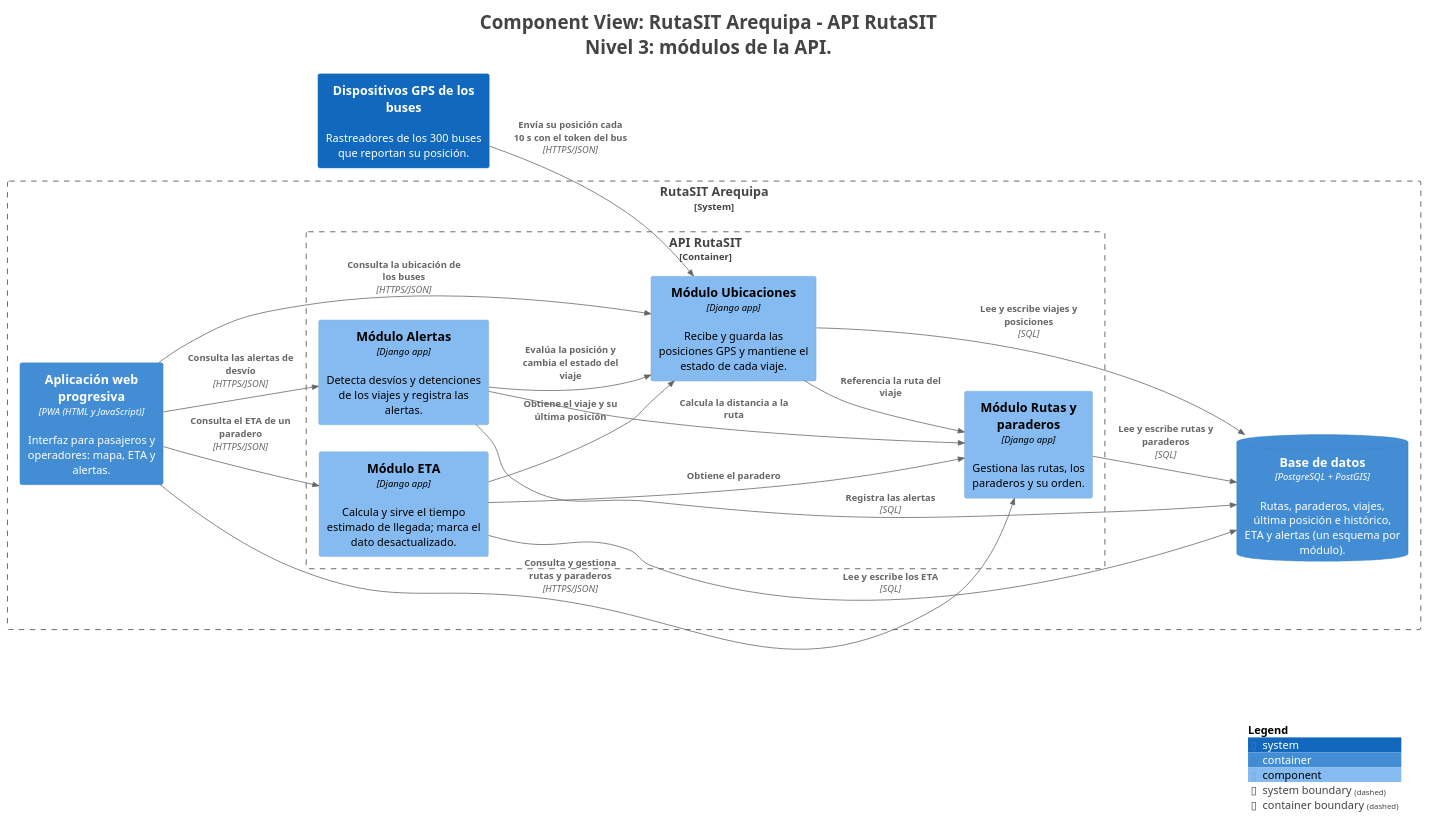
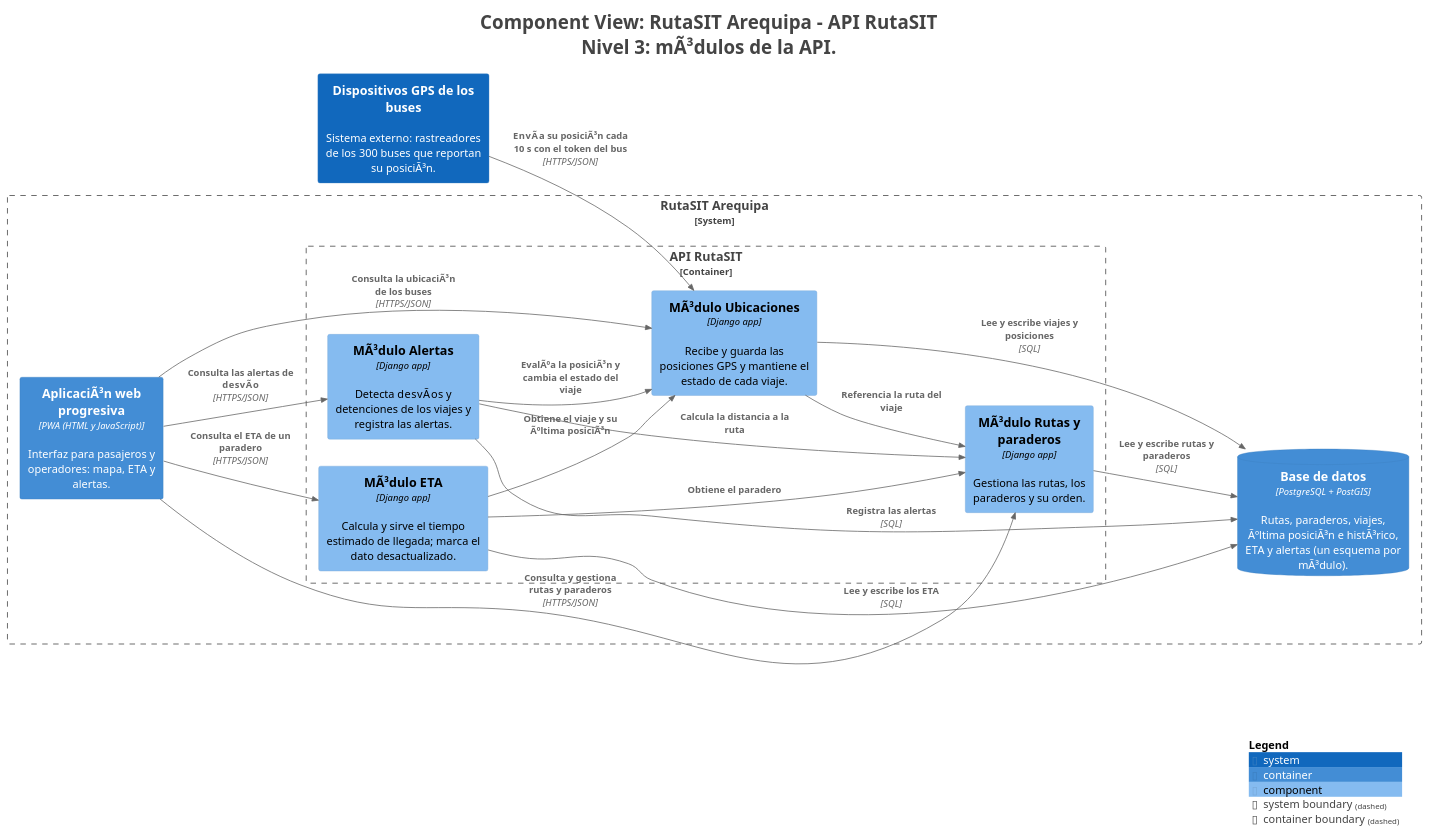
Before and after one commit to Camila-Alarico/cs-2026b-lab04--grupo06: the diagram in docs/architecture/c4/export/structurizr-Componentes.puml, drawn with PlantUML. The commit also changed 15 other files, not shown here.

```diff
--- a/docs/architecture/c4/export/structurizr-Componentes.puml
+++ b/docs/architecture/c4/export/structurizr-Componentes.puml
@@ -1,50 +1,50 @@
 @startuml
-title <size:24>Component View: RutaSIT Arequipa - API RutaSIT</size>\n<size:24>Nivel 3: módulos de la API.</size>
+title <size:24>Component View: RutaSIT Arequipa - API RutaSIT</size>\n<size:24>Nivel 3: mÃ³dulos de la API.</size>
 
 set separator none
 left to right direction
 
 <style>
   root {
     BackgroundColor: #ffffff
     FontColor: #444444
   }
 </style>
 
 !include <C4/C4>
 !include <C4/C4_Context>
 !include <C4/C4_Container>
 !include <C4/C4_Component>
 
-System(DispositivosGPSdelosbuses, "Dispositivos GPS de los buses", $descr="Rastreadores de los 300 buses que reportan su posición.", $tags="", $link="")
+System(DispositivosGPSdelosbuses, "Dispositivos GPS de los buses", $descr="Sistema externo: rastreadores de los 300 buses que reportan su posiciÃ³n.", $tags="", $link="")
 
 System_Boundary("RutaSITArequipa_boundary", "RutaSIT Arequipa", $tags="") {
   Container_Boundary("RutaSITArequipa.APIRutaSIT_boundary", "API RutaSIT", $tags="") {
-    Component(RutaSITArequipa.APIRutaSIT.MóduloUbicaciones, "Módulo Ubicaciones", $techn="Django app", $descr="Recibe y guarda las posiciones GPS y mantiene el estado de cada viaje.", $tags="", $link="")
-    Component(RutaSITArequipa.APIRutaSIT.MóduloRutasyparaderos, "Módulo Rutas y paraderos", $techn="Django app", $descr="Gestiona las rutas, los paraderos y su orden.", $tags="", $link="")
-    Component(RutaSITArequipa.APIRutaSIT.MóduloETA, "Módulo ETA", $techn="Django app", $descr="Calcula y sirve el tiempo estimado de llegada; marca el dato desactualizado.", $tags="", $link="")
-    Component(RutaSITArequipa.APIRutaSIT.MóduloAlertas, "Módulo Alertas", $techn="Django app", $descr="Detecta desvíos y detenciones de los viajes y registra las alertas.", $tags="", $link="")
+    Component(RutaSITArequipa.APIRutaSIT.MÃduloUbicaciones, "MÃ³dulo Ubicaciones", $techn="Django app", $descr="Recibe y guarda las posiciones GPS y mantiene el estado de cada viaje.", $tags="", $link="")
+    Component(RutaSITArequipa.APIRutaSIT.MÃduloRutasyparaderos, "MÃ³dulo Rutas y paraderos", $techn="Django app", $descr="Gestiona las rutas, los paraderos y su orden.", $tags="", $link="")
+    Component(RutaSITArequipa.APIRutaSIT.MÃduloETA, "MÃ³dulo ETA", $techn="Django app", $descr="Calcula y sirve el tiempo estimado de llegada; marca el dato desactualizado.", $tags="", $link="")
+    Component(RutaSITArequipa.APIRutaSIT.MÃduloAlertas, "MÃ³dulo Alertas", $techn="Django app", $descr="Detecta desvÃ­os y detenciones de los viajes y registra las alertas.", $tags="", $link="")
   }
 
-  ContainerDb(RutaSITArequipa.Basededatos, "Base de datos", $techn="PostgreSQL + PostGIS", $descr="Rutas, paraderos, viajes, última posición e histórico, ETA y alertas (un esquema por módulo).", $tags="", $link="")
-  Container(RutaSITArequipa.Aplicaciónwebprogresiva, "Aplicación web progresiva", $techn="PWA (HTML y JavaScript)", $descr="Interfaz para pasajeros y operadores: mapa, ETA y alertas.", $tags="", $link="")
+  ContainerDb(RutaSITArequipa.Basededatos, "Base de datos", $techn="PostgreSQL + PostGIS", $descr="Rutas, paraderos, viajes, Ãºltima posiciÃ³n e histÃ³rico, ETA y alertas (un esquema por mÃ³dulo).", $tags="", $link="")
+  Container(RutaSITArequipa.AplicaciÃnwebprogresiva, "AplicaciÃ³n web progresiva", $techn="PWA (HTML y JavaScript)", $descr="Interfaz para pasajeros y operadores: mapa, ETA y alertas.", $tags="", $link="")
 }
 
-Rel(RutaSITArequipa.Aplicaciónwebprogresiva, RutaSITArequipa.APIRutaSIT.MóduloUbicaciones, "Consulta la ubicación de los buses", $techn="HTTPS/JSON", $tags="", $link="")
-Rel(RutaSITArequipa.Aplicaciónwebprogresiva, RutaSITArequipa.APIRutaSIT.MóduloETA, "Consulta el ETA de un paradero", $techn="HTTPS/JSON", $tags="", $link="")
-Rel(RutaSITArequipa.Aplicaciónwebprogresiva, RutaSITArequipa.APIRutaSIT.MóduloAlertas, "Consulta las alertas de desvío", $techn="HTTPS/JSON", $tags="", $link="")
-Rel(RutaSITArequipa.Aplicaciónwebprogresiva, RutaSITArequipa.APIRutaSIT.MóduloRutasyparaderos, "Consulta y gestiona rutas y paraderos", $techn="HTTPS/JSON", $tags="", $link="")
-Rel(DispositivosGPSdelosbuses, RutaSITArequipa.APIRutaSIT.MóduloUbicaciones, "Envía su posición cada 10 s con el token del bus", $techn="HTTPS/JSON", $tags="", $link="")
-Rel(RutaSITArequipa.APIRutaSIT.MóduloETA, RutaSITArequipa.APIRutaSIT.MóduloUbicaciones, "Obtiene el viaje y su última posición", $techn="", $tags="", $link="")
-Rel(RutaSITArequipa.APIRutaSIT.MóduloETA, RutaSITArequipa.APIRutaSIT.MóduloRutasyparaderos, "Obtiene el paradero", $techn="", $tags="", $link="")
-Rel(RutaSITArequipa.APIRutaSIT.MóduloAlertas, RutaSITArequipa.APIRutaSIT.MóduloUbicaciones, "Evalúa la posición y cambia el estado del viaje", $techn="", $tags="", $link="")
-Rel(RutaSITArequipa.APIRutaSIT.MóduloAlertas, RutaSITArequipa.APIRutaSIT.MóduloRutasyparaderos, "Calcula la distancia a la ruta", $techn="", $tags="", $link="")
-Rel(RutaSITArequipa.APIRutaSIT.MóduloUbicaciones, RutaSITArequipa.APIRutaSIT.MóduloRutasyparaderos, "Referencia la ruta del viaje", $techn="", $tags="", $link="")
-Rel(RutaSITArequipa.APIRutaSIT.MóduloUbicaciones, RutaSITArequipa.Basededatos, "Lee y escribe viajes y posiciones", $techn="SQL", $tags="", $link="")
-Rel(RutaSITArequipa.APIRutaSIT.MóduloETA, RutaSITArequipa.Basededatos, "Lee y escribe los ETA", $techn="SQL", $tags="", $link="")
-Rel(RutaSITArequipa.APIRutaSIT.MóduloAlertas, RutaSITArequipa.Basededatos, "Registra las alertas", $techn="SQL", $tags="", $link="")
-Rel(RutaSITArequipa.APIRutaSIT.MóduloRutasyparaderos, RutaSITArequipa.Basededatos, "Lee y escribe rutas y paraderos", $techn="SQL", $tags="", $link="")
+Rel(RutaSITArequipa.AplicaciÃnwebprogresiva, RutaSITArequipa.APIRutaSIT.MÃduloUbicaciones, "Consulta la ubicaciÃ³n de los buses", $techn="HTTPS/JSON", $tags="", $link="")
+Rel(RutaSITArequipa.AplicaciÃnwebprogresiva, RutaSITArequipa.APIRutaSIT.MÃduloETA, "Consulta el ETA de un paradero", $techn="HTTPS/JSON", $tags="", $link="")
+Rel(RutaSITArequipa.AplicaciÃnwebprogresiva, RutaSITArequipa.APIRutaSIT.MÃduloAlertas, "Consulta las alertas de desvÃ­o", $techn="HTTPS/JSON", $tags="", $link="")
+Rel(RutaSITArequipa.AplicaciÃnwebprogresiva, RutaSITArequipa.APIRutaSIT.MÃduloRutasyparaderos, "Consulta y gestiona rutas y paraderos", $techn="HTTPS/JSON", $tags="", $link="")
+Rel(DispositivosGPSdelosbuses, RutaSITArequipa.APIRutaSIT.MÃduloUbicaciones, "EnvÃ­a su posiciÃ³n cada 10 s con el token del bus", $techn="HTTPS/JSON", $tags="", $link="")
+Rel(RutaSITArequipa.APIRutaSIT.MÃduloETA, RutaSITArequipa.APIRutaSIT.MÃduloUbicaciones, "Obtiene el viaje y su Ãºltima posiciÃ³n", $techn="", $tags="", $link="")
+Rel(RutaSITArequipa.APIRutaSIT.MÃduloETA, RutaSITArequipa.APIRutaSIT.MÃduloRutasyparaderos, "Obtiene el paradero", $techn="", $tags="", $link="")
+Rel(RutaSITArequipa.APIRutaSIT.MÃduloAlertas, RutaSITArequipa.APIRutaSIT.MÃduloUbicaciones, "EvalÃºa la posiciÃ³n y cambia el estado del viaje", $techn="", $tags="", $link="")
+Rel(RutaSITArequipa.APIRutaSIT.MÃduloAlertas, RutaSITArequipa.APIRutaSIT.MÃduloRutasyparaderos, "Calcula la distancia a la ruta", $techn="", $tags="", $link="")
+Rel(RutaSITArequipa.APIRutaSIT.MÃduloUbicaciones, RutaSITArequipa.APIRutaSIT.MÃduloRutasyparaderos, "Referencia la ruta del viaje", $techn="", $tags="", $link="")
+Rel(RutaSITArequipa.APIRutaSIT.MÃduloUbicaciones, RutaSITArequipa.Basededatos, "Lee y escribe viajes y posiciones", $techn="SQL", $tags="", $link="")
+Rel(RutaSITArequipa.APIRutaSIT.MÃduloETA, RutaSITArequipa.Basededatos, "Lee y escribe los ETA", $techn="SQL", $tags="", $link="")
+Rel(RutaSITArequipa.APIRutaSIT.MÃduloAlertas, RutaSITArequipa.Basededatos, "Registra las alertas", $techn="SQL", $tags="", $link="")
+Rel(RutaSITArequipa.APIRutaSIT.MÃduloRutasyparaderos, RutaSITArequipa.Basededatos, "Lee y escribe rutas y paraderos", $techn="SQL", $tags="", $link="")
 
 SHOW_LEGEND(true)
 hide stereotypes
 @enduml
```
